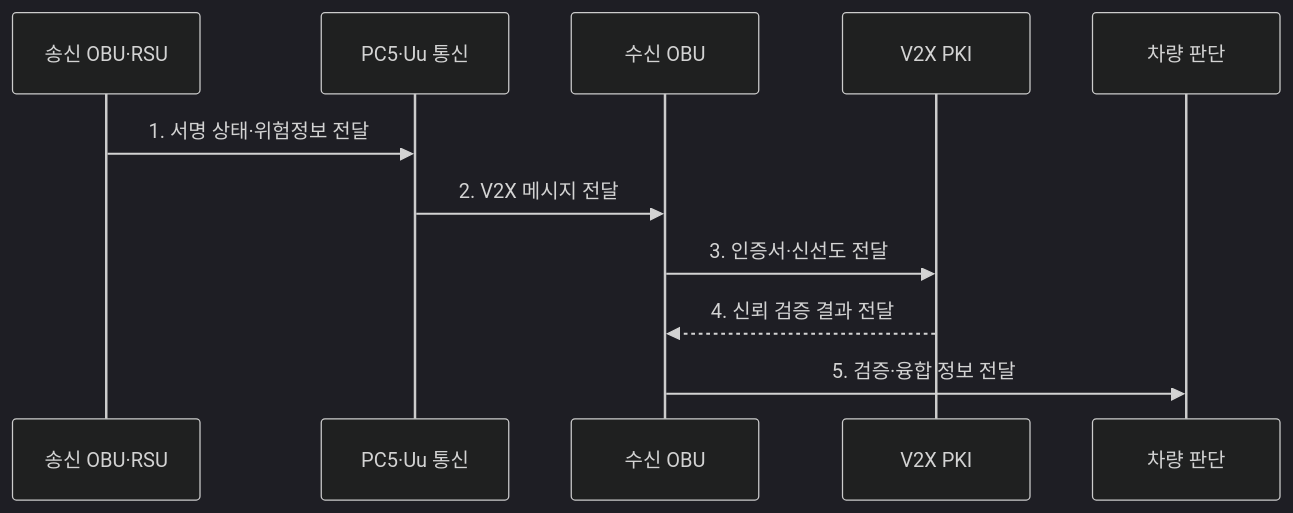
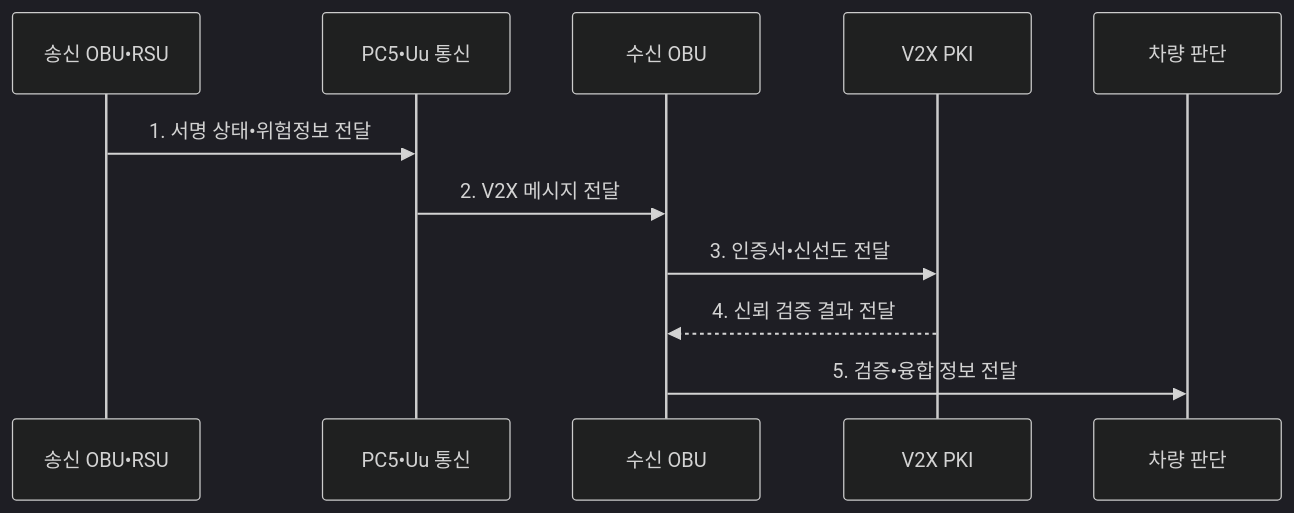
The second of 2 diagrams in src/content/docs/notes/08-latest-tech/207_v2x_vehicle_to_everything.md (agnusdei1207/knowledge-base), drawn with Mermaid (dark theme) before and after one commit. The commit also changed other lines of this file and 953 other files, not shown here.

````diff
--- a/src/content/docs/notes/08-latest-tech/207_v2x_vehicle_to_everything.md
+++ b/src/content/docs/notes/08-latest-tech/207_v2x_vehicle_to_everything.md
@@ -102,13 +102,13 @@
 ```mermaid
 sequenceDiagram
-    participant S as 송신 OBU·RSU
-    participant P as PC5·Uu 통신
+    participant S as 송신 OBU•RSU
+    participant P as PC5•Uu 통신
     participant R as 수신 OBU
     participant K as V2X PKI
     participant V as 차량 판단
-    S->>P: 1. 서명 상태·위험정보 전달
+    S->>P: 1. 서명 상태•위험정보 전달
     P->>R: 2. V2X 메시지 전달
-    R->>K: 3. 인증서·신선도 전달
+    R->>K: 3. 인증서•신선도 전달
     K-->>R: 4. 신뢰 검증 결과 전달
-    R->>V: 5. 검증·융합 정보 전달
+    R->>V: 5. 검증•융합 정보 전달
 ```
````
